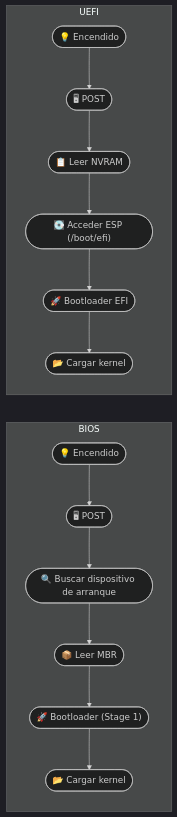
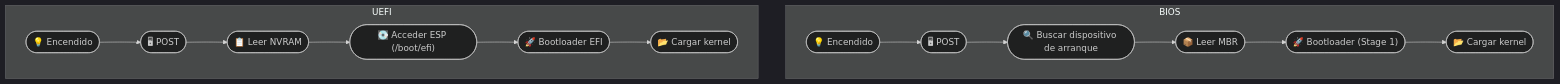
Before and after one commit to GualaDRAKE/LFS4Students-ES: the third of 3 diagrams in Anexos_LFS4Students-ES/Bios_boot-UEFI.md, drawn with Mermaid (dark theme).

````diff
--- a/Anexos_LFS4Students-ES/Bios_boot-UEFI.md
+++ b/Anexos_LFS4Students-ES/Bios_boot-UEFI.md
@@ -345,18 +345,18 @@
 ```mermaid
-flowchart LR
+flowchart TD
     subgraph BIOS
         A1(["💡 Encendido"]) --> B1(["🖥 POST"])
         B1 --> C1(["🔍 Buscar dispositivo de arranque"])
         C1 --> D1(["📦 Leer MBR"])
         D1 --> E1(["🚀 Bootloader (Stage 1)"])
         E1 --> F1(["📂 Cargar kernel"])
     end
 
     subgraph UEFI
         A2(["💡 Encendido"]) --> B2(["🖥 POST"])
         B2 --> C2(["📋 Leer NVRAM"])
         C2 --> D2(["💽 Acceder ESP (/boot/efi)"])
         D2 --> E2(["🚀 Bootloader EFI"])
         E2 --> F2(["📂 Cargar kernel"])
     end
 ```
````
